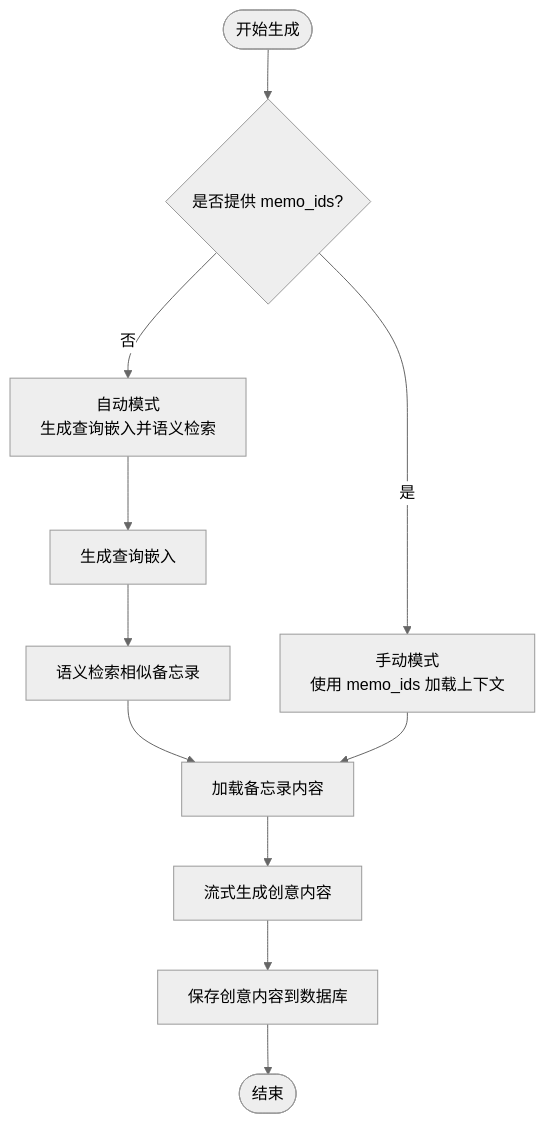
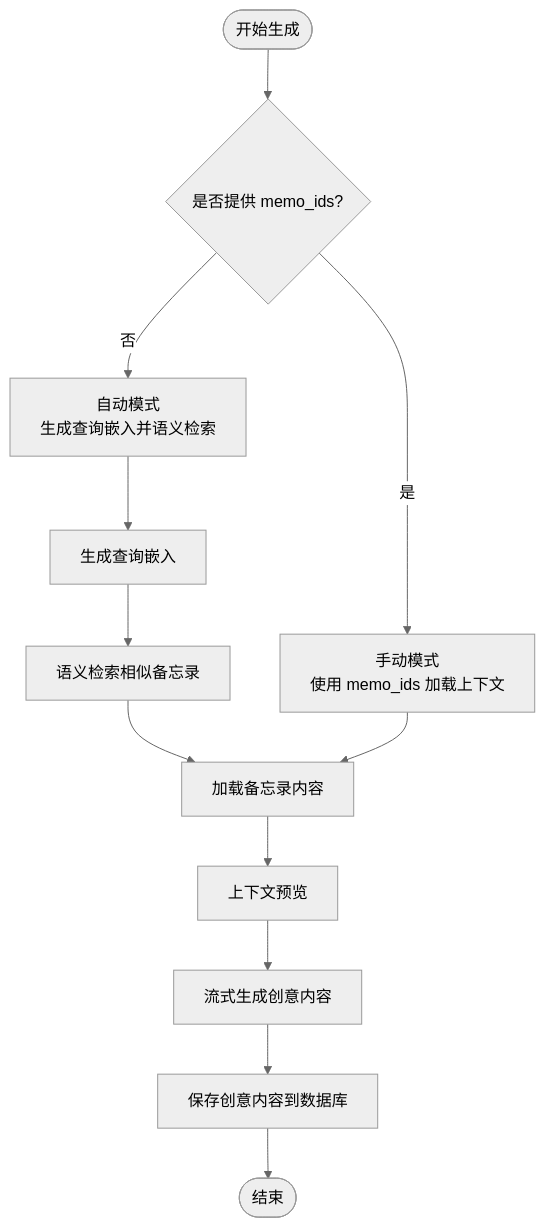
Before and after one commit to BlackBoxRecorder/memos: the third of 4 diagrams in .qoder/repowiki/zh/content/API 接口文档/创意内容 API.md, drawn with Mermaid (neutral theme). The commit also changed other lines of this file and 7 other files, not shown here.

````diff
--- a/.qoder/repowiki/zh/content/API 接口文档/创意内容 API.md
+++ b/.qoder/repowiki/zh/content/API 接口文档/创意内容 API.md
@@ -212,13 +249,14 @@
 ```mermaid
 flowchart TD
 Start(["开始生成"]) --> CheckMode{"是否提供 memo_ids?"}
 CheckMode --> |是| Manual["手动模式<br/>使用 memo_ids 加载上下文"]
 CheckMode --> |否| Auto["自动模式<br/>生成查询嵌入并语义检索"]
 Auto --> Embed["生成查询嵌入"]
 Embed --> Search["语义检索相似备忘录"]
 Search --> Load["加载备忘录内容"]
 Manual --> Load
-Load --> Stream["流式生成创意内容"]
+Load --> Preview["上下文预览"]
+Preview --> Stream["流式生成创意内容"]
 Stream --> Save["保存创意内容到数据库"]
 Save --> Done(["结束"])
 ```
````
